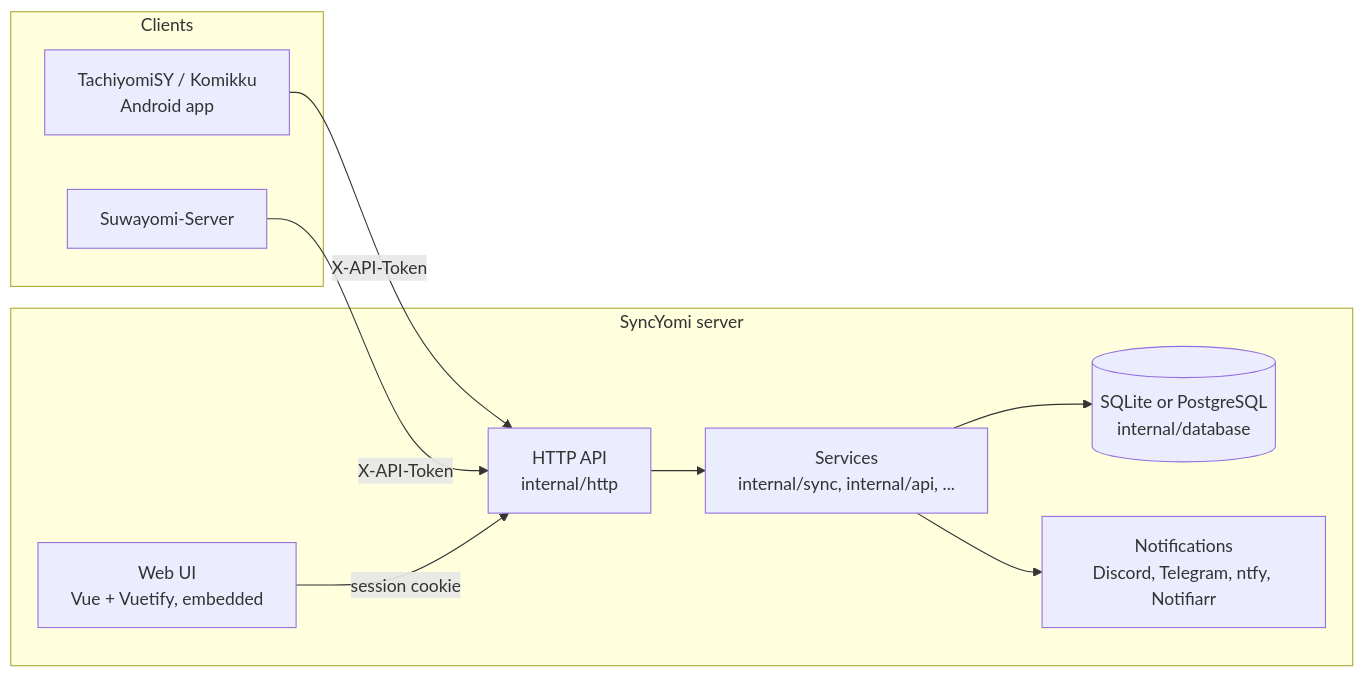
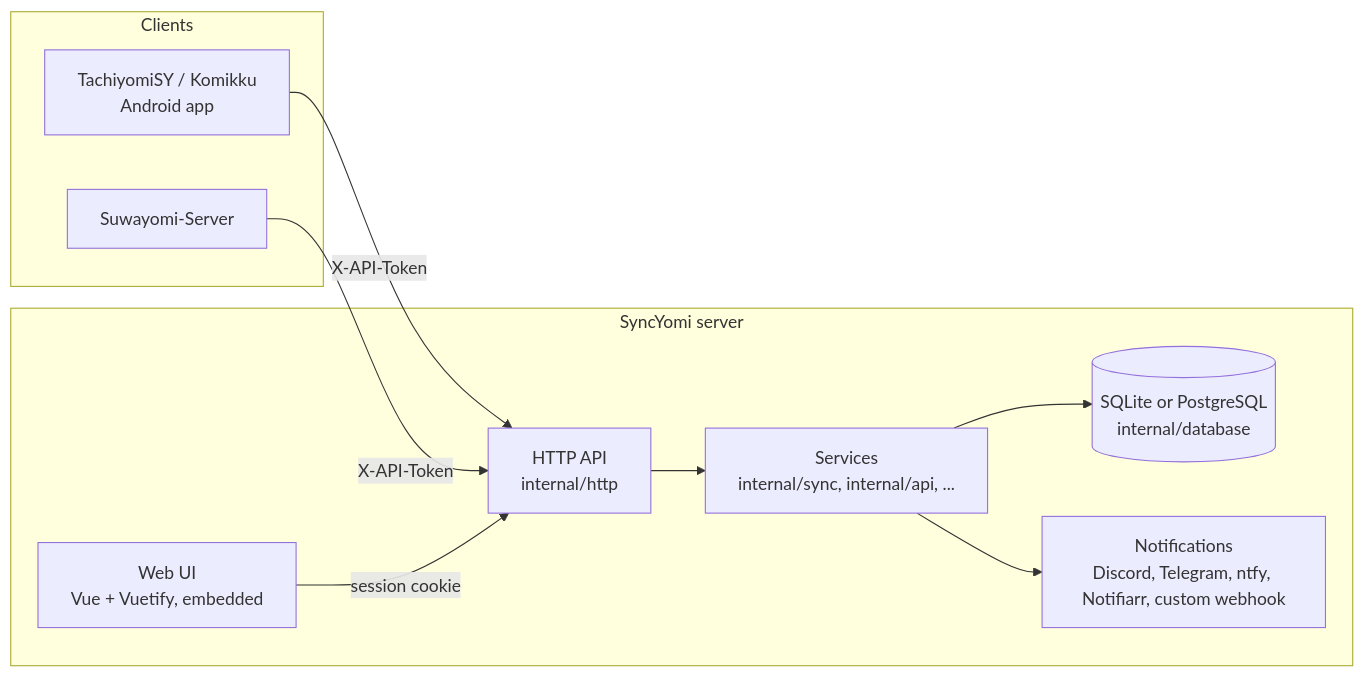
One commit to syncyomi/syncyomi changed the first of 2 diagrams in docs/architecture.md. Above: the diagram before and after it, drawn with Mermaid. The commit also changed 15 other files, not shown here.

First line of the commit message:
feat(notification): add a custom webhook notification type (#278)

````diff
--- a/docs/architecture.md
+++ b/docs/architecture.md
@@ -5,19 +5,19 @@
 ```mermaid
 flowchart LR
     subgraph clients [Clients]
         SY[TachiyomiSY / Komikku\nAndroid app]
         SUWA[Suwayomi-Server]
     end
     subgraph server [SyncYomi server]
         HTTP[HTTP API\ninternal/http]
         SVC[Services\ninternal/sync, internal/api, ...]
         DB[(SQLite or PostgreSQL\ninternal/database)]
-        NOTIF[Notifications\nDiscord, Telegram, ntfy, Notifiarr]
+        NOTIF[Notifications\nDiscord, Telegram, ntfy, Notifiarr, custom webhook]
         WEB[Web UI\nVue + Vuetify, embedded]
     end
     SY -- "X-API-Token" --> HTTP
     SUWA -- "X-API-Token" --> HTTP
     WEB -- "session cookie" --> HTTP
     HTTP --> SVC --> DB
     SVC --> NOTIF
 ```
````
